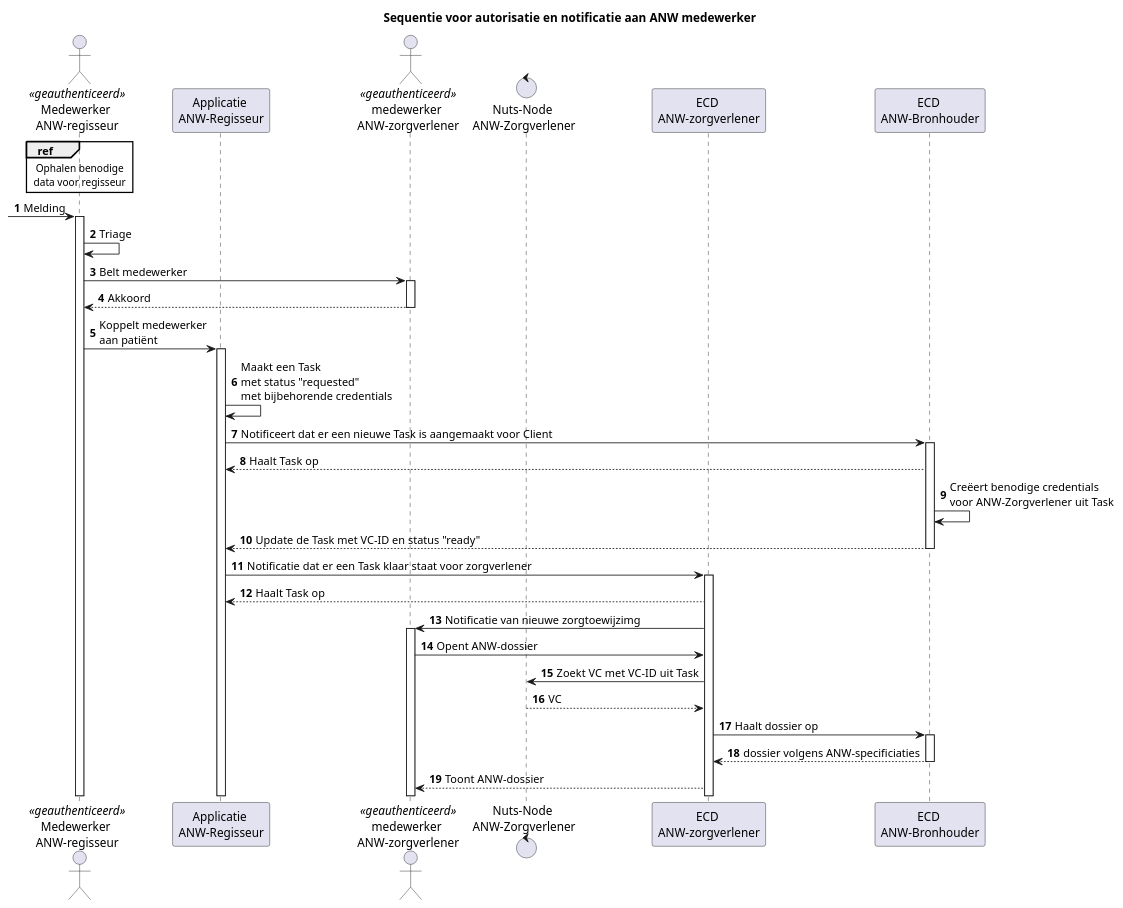
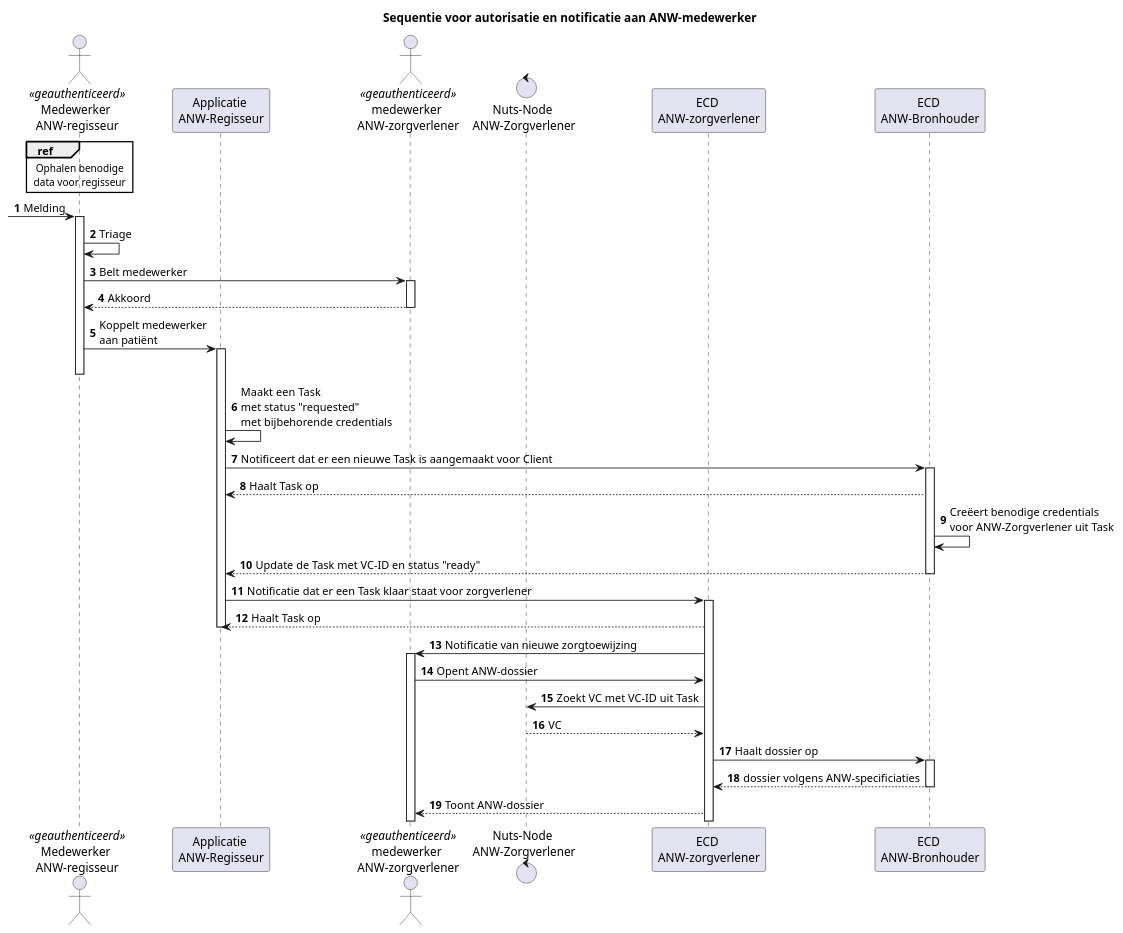
Before and after one commit to nuts-foundation/bolts: the diagram in .gitbook/assets/ANWSequence_V3.puml, drawn with PlantUML. The commit also changed 1 other file, not shown here.

```diff
--- a/.gitbook/assets/ANWSequence_V3.puml
+++ b/.gitbook/assets/ANWSequence_V3.puml
@@ -1,36 +1,38 @@
 @startuml
 'https://plantuml.com/sequence-diagram
 
-title Sequentie voor autorisatie en notificatie aan ANW medewerker
+title Sequentie voor autorisatie en notificatie aan ANW-medewerker
 
 autonumber
 actor ZMWANW as "Medewerker \nANW-regisseur"<<geauthenticeerd>>
 participant ANWSystem as "Applicatie \nANW-Regisseur"
 actor ANWEmpl as "medewerker \nANW-zorgverlener"<<geauthenticeerd>>
 control nNodeB as "Nuts-Node \nANW-Zorgverlener"
 participant VVTA as "ECD \nANW-zorgverlener"
 participant VVTB as "ECD \nANW-Bronhouder"
 
 ref over ZMWANW:Ophalen benodige\ndata voor regisseur
 -> ZMWANW ++: Melding
 ZMWANW -> ZMWANW: Triage
 ZMWANW -> ANWEmpl ++: Belt medewerker
 return Akkoord
 ZMWANW -> ANWSystem++: Koppelt medewerker\naan patiënt
+ZMWANW --
 ANWSystem -> ANWSystem : Maakt een Task \nmet status "requested" \nmet bijbehorende credentials
 ANWSystem -> VVTB++: Notificeert dat er een nieuwe Task is aangemaakt voor Client
 VVTB --> ANWSystem: Haalt Task op
 VVTB -> VVTB: Creëert benodige credentials \nvoor ANW-Zorgverlener uit Task
 VVTB --> ANWSystem --: Update de Task met VC-ID en status "ready"
 ANWSystem -> VVTA ++: Notificatie dat er een Task klaar staat voor zorgverlener
 VVTA --> ANWSystem: Haalt Task op
-VVTA -> ANWEmpl ++: Notificatie van nieuwe zorgtoewijzimg
+ANWSystem --
+VVTA -> ANWEmpl ++: Notificatie van nieuwe zorgtoewijzing
 
 ANWEmpl -> VVTA: Opent ANW-dossier
 VVTA -> nNodeB: Zoekt VC met VC-ID uit Task
 nNodeB --> VVTA: VC
 VVTA -> VVTB ++: Haalt dossier op
 return dossier volgens ANW-specificiaties
 VVTA --> ANWEmpl: Toont ANW-dossier
 
 @enduml
```
